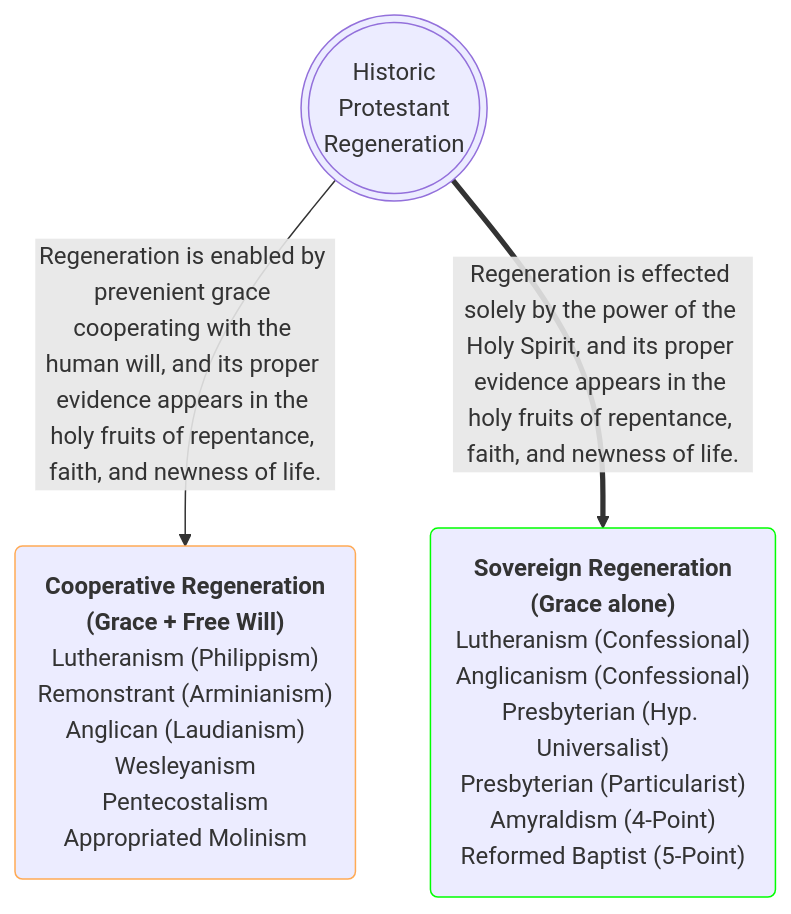
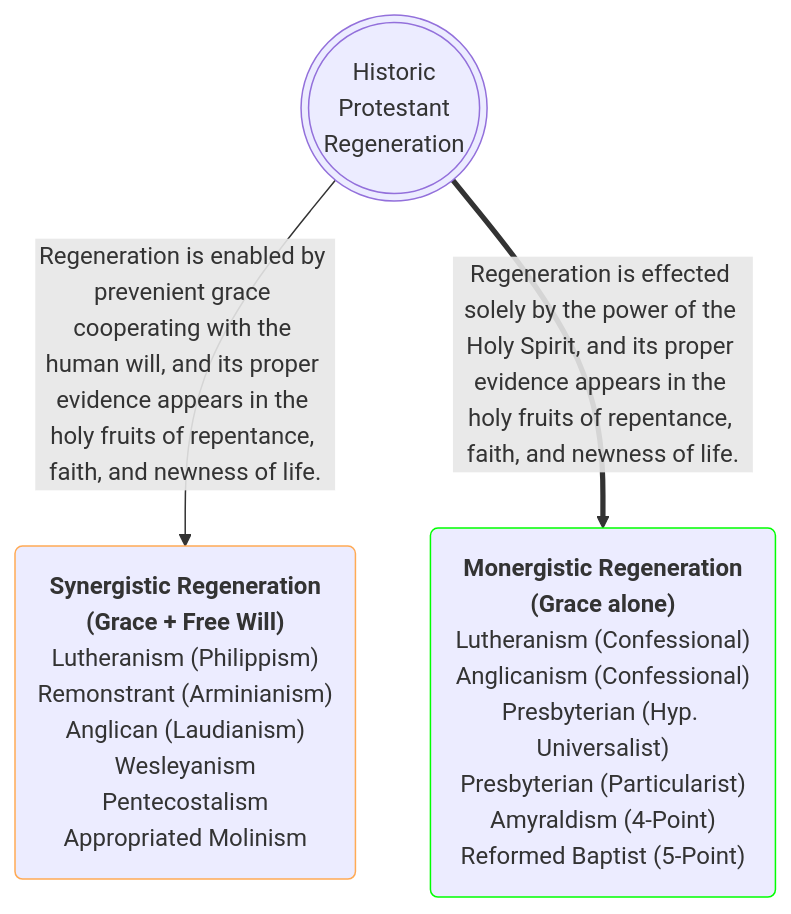
The second of 4 diagrams in _posts/2025-08-03-historic-protestant-position.markdown (OrdoLuminis/ordoluminis.github.io), drawn with Mermaid before and after one commit. The commit also changed other lines of this file, not shown here.

````diff
--- a/_posts/2025-08-03-historic-protestant-position.markdown
+++ b/_posts/2025-08-03-historic-protestant-position.markdown
@@ -89,8 +89,8 @@
 ```mermaid
 flowchart TD
     A(((Historic<br>Protestant<br>Regeneration)))
-    A -->|Regeneration is enabled by prevenient grace cooperating with the human will, and its proper evidence appears in the holy fruits of repentance, faith, and newness of life.| H(<strong>Cooperative Regeneration<br>&lpar;Grace + Free Will&rpar;</strong><br>Lutheranism &lpar;Philippism&rpar;<br>Remonstrant &lpar;Arminianism&rpar;<br>Anglican &lpar;Laudianism&rpar;<br>Wesleyanism<br>Pentecostalism<br>Appropriated Molinism):::orange
-    A ==>|Regeneration is effected solely by the power of the Holy Spirit, and its proper evidence appears in the holy fruits of repentance, faith, and newness of life.| G(<strong>Sovereign Regeneration<br>&lpar;Grace alone&rpar;</strong><br>Lutheranism &lpar;Confessional&rpar;<br>Anglicanism &lpar;Confessional&rpar;<br>Presbyterian &lpar;Hyp. Universalist&rpar;<br>Presbyterian &lpar;Particularist&rpar;<br>Amyraldism &lpar;4-Point&rpar;<br>Reformed Baptist &lpar;5-Point&rpar;):::green
+    A -->|Regeneration is enabled by prevenient grace cooperating with the human will, and its proper evidence appears in the holy fruits of repentance, faith, and newness of life.| H(<strong>Synergistic Regeneration<br>&lpar;Grace + Free Will&rpar;</strong><br>Lutheranism &lpar;Philippism&rpar;<br>Remonstrant &lpar;Arminianism&rpar;<br>Anglican &lpar;Laudianism&rpar;<br>Wesleyanism<br>Pentecostalism<br>Appropriated Molinism):::orange
+    A ==>|Regeneration is effected solely by the power of the Holy Spirit, and its proper evidence appears in the holy fruits of repentance, faith, and newness of life.| G(<strong>Monergistic Regeneration<br>&lpar;Grace alone&rpar;</strong><br>Lutheranism &lpar;Confessional&rpar;<br>Anglicanism &lpar;Confessional&rpar;<br>Presbyterian &lpar;Hyp. Universalist&rpar;<br>Presbyterian &lpar;Particularist&rpar;<br>Amyraldism &lpar;4-Point&rpar;<br>Reformed Baptist &lpar;5-Point&rpar;):::green
     classDef green stroke:#0f0
     classDef orange stroke:#fa5
 ```
````
